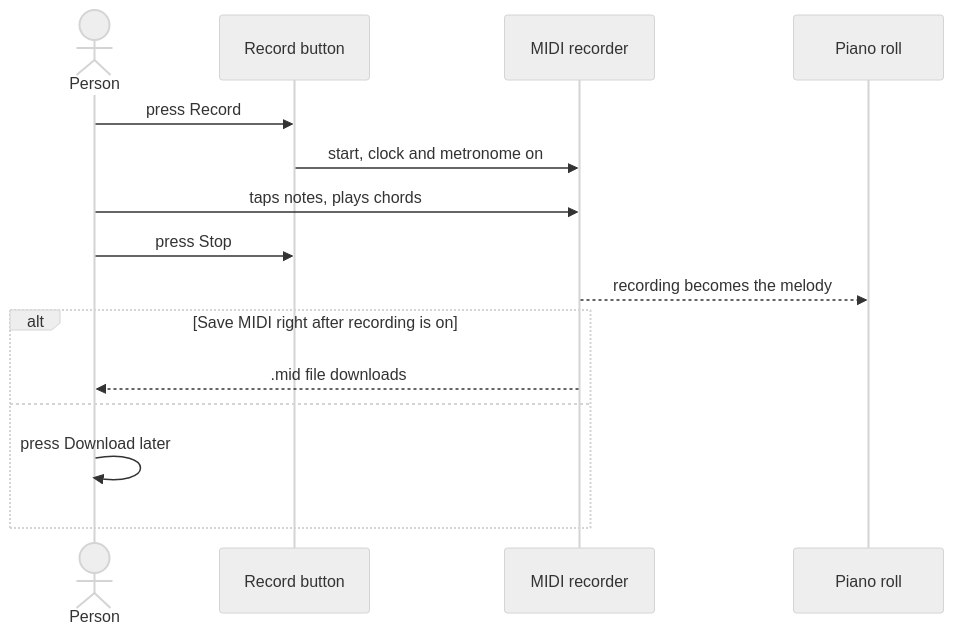
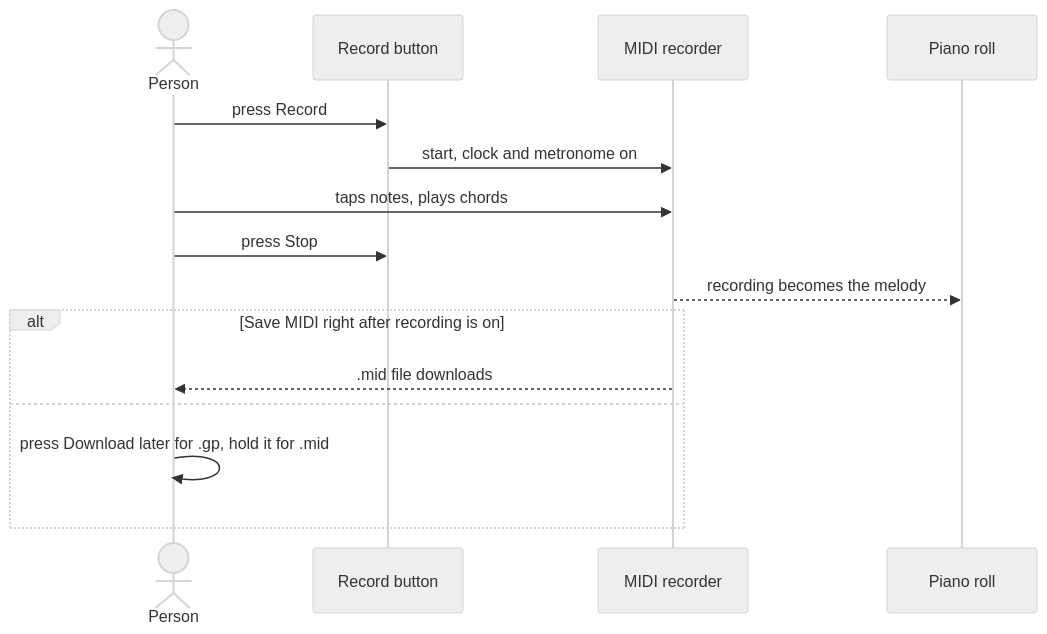
The fifth of 9 diagrams in docs/user-flows.md (oleg-chibikov/guitar-upscale), drawn with Mermaid (neutral theme) before and after one commit. The commit also changed other lines of this file, not shown here.

First line of the commit message:
Update user flows for Guitar Pro songs

````diff
--- a/docs/user-flows.md
+++ b/docs/user-flows.md
@@ -97,17 +97,17 @@
 ```mermaid
 sequenceDiagram
   actor P as Person
   participant R as Record button
   participant M as MIDI recorder
   participant PR as Piano roll
   P->>R: press Record
   R->>M: start, clock and metronome on
   P->>M: taps notes, plays chords
   P->>R: press Stop
   M-->>PR: recording becomes the melody
   alt Save MIDI right after recording is on
     M-->>P: .mid file downloads
   else
-    P->>P: press Download later
+    P->>P: press Download later for .gp, hold it for .mid
   end
 ```
````
